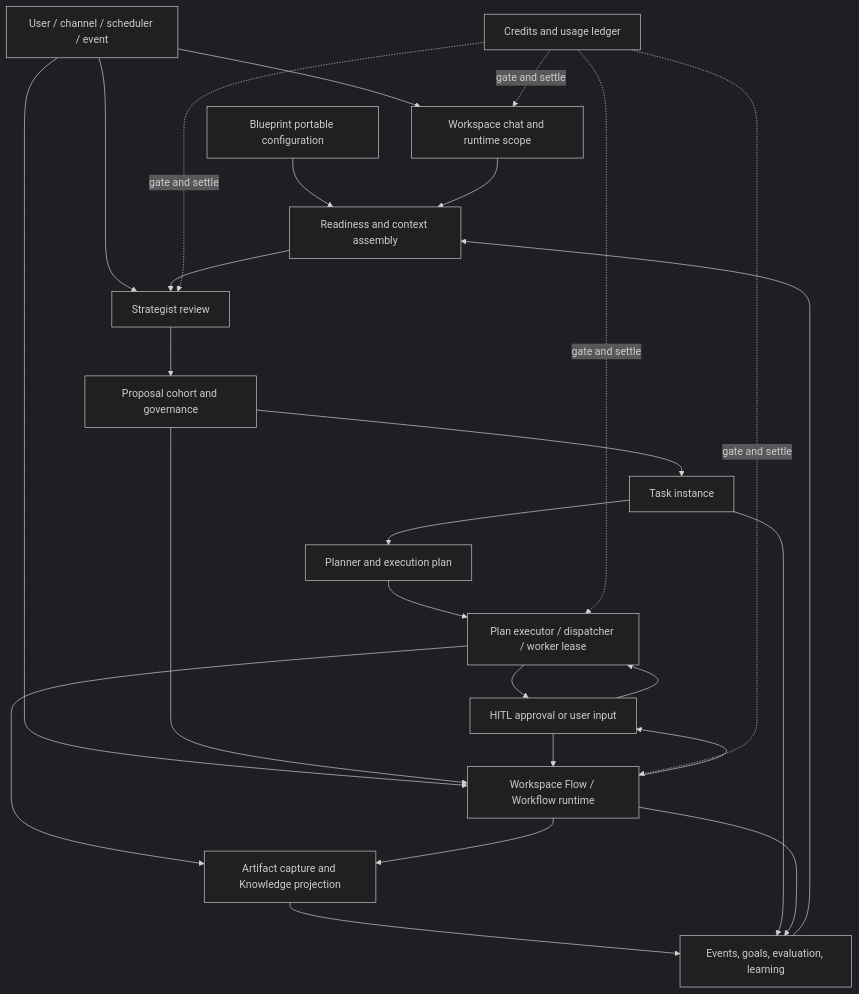
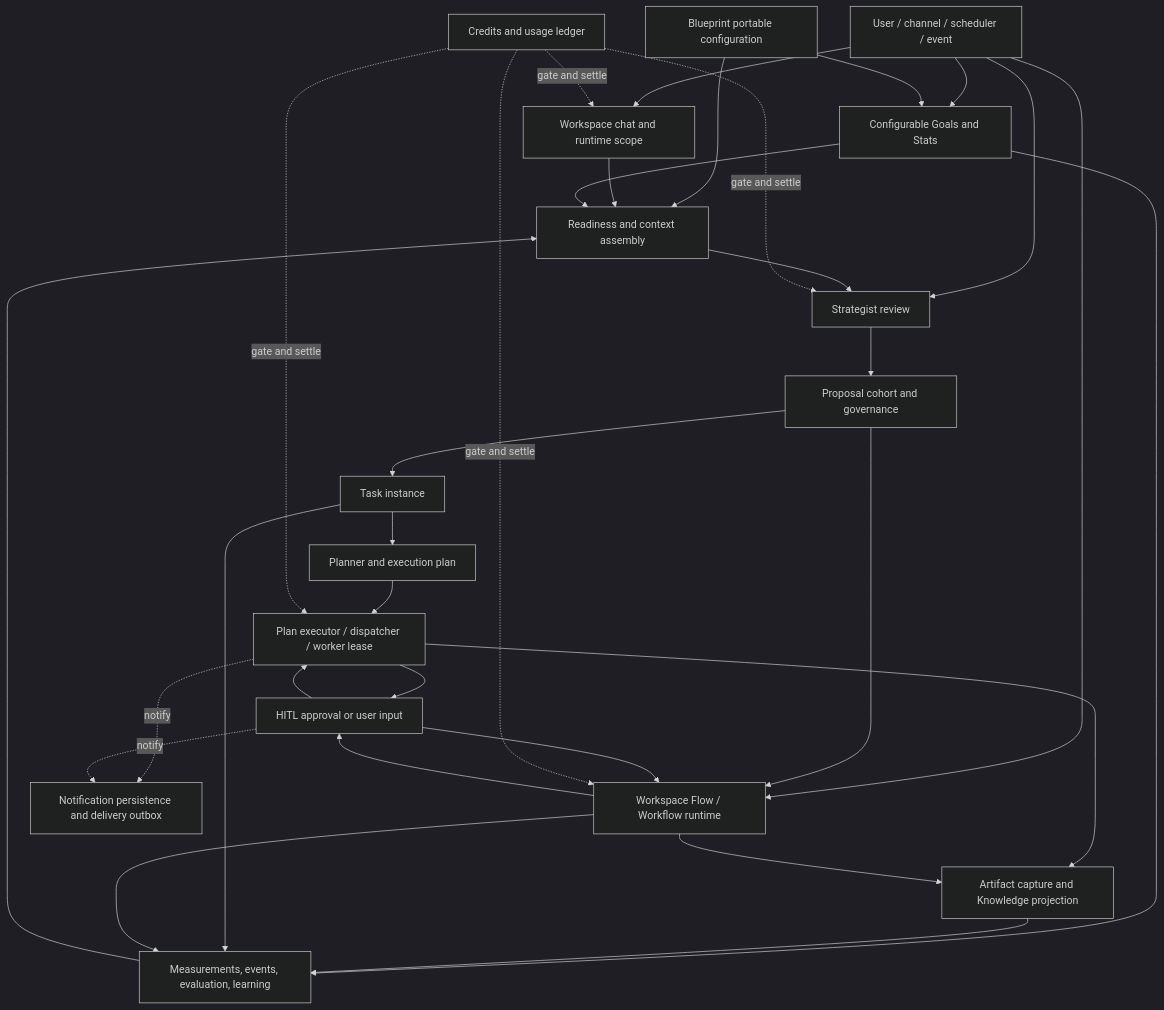
The first of 2 diagrams in .agents/skills/manor-workspace-architecture/references/architecture.md (manor-os/manor-ai), drawn with Mermaid (dark theme) before and after one commit. The commit also changed other lines of this file and 1784 other files, not shown here.

````diff
--- a/.agents/skills/manor-workspace-architecture/references/architecture.md
+++ b/.agents/skills/manor-workspace-architecture/references/architecture.md
@@ -23,43 +23,51 @@
 ```mermaid
 flowchart TB
     U["User / channel / scheduler / event"]
     C["Workspace chat and runtime scope"]
     R["Readiness and context assembly"]
     S["Strategist review"]
     P["Proposal cohort and governance"]
     T["Task instance"]
     PL["Planner and execution plan"]
     D["Plan executor / dispatcher / worker lease"]
     H["HITL approval or user input"]
     F["Workspace Flow / Workflow runtime"]
     A["Artifact capture and Knowledge projection"]
-    E["Events, goals, evaluation, learning"]
+    G["Configurable Goals and Stats"]
+    E["Measurements, events, evaluation, learning"]
+    N["Notification persistence and delivery outbox"]
     B["Credits and usage ledger"]
     BP["Blueprint portable configuration"]
 
     BP --> R
     U --> C
     U --> F
     U --> S
+    U --> G
+    BP --> G
     C --> R
+    G --> R
     R --> S
     S --> P
     P --> T
     P --> F
     T --> PL
     PL --> D
     D --> H
     H --> D
     D --> A
     F --> H
     H --> F
     F --> A
+    G --> E
     A --> E
     T --> E
     F --> E
     E --> R
+    D -. "notify" .-> N
+    H -. "notify" .-> N
     B -. "gate and settle" .-> C
     B -. "gate and settle" .-> S
     B -. "gate and settle" .-> D
     B -. "gate and settle" .-> F
 ```
````
